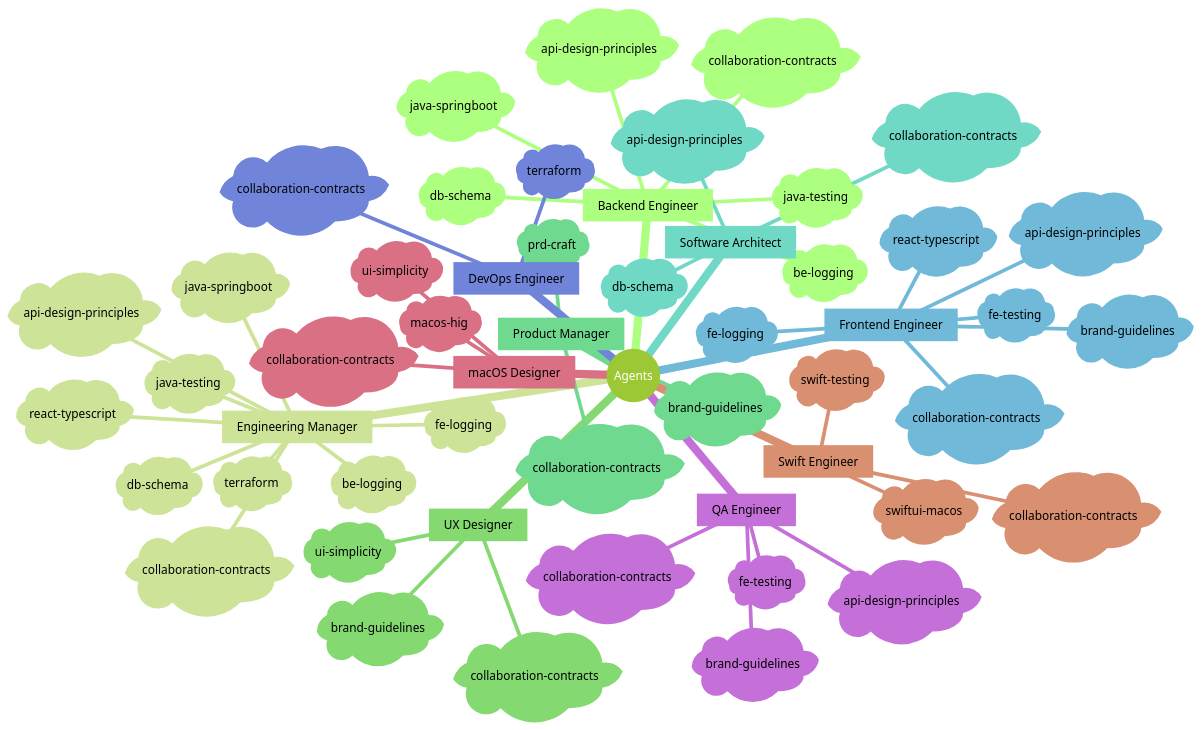
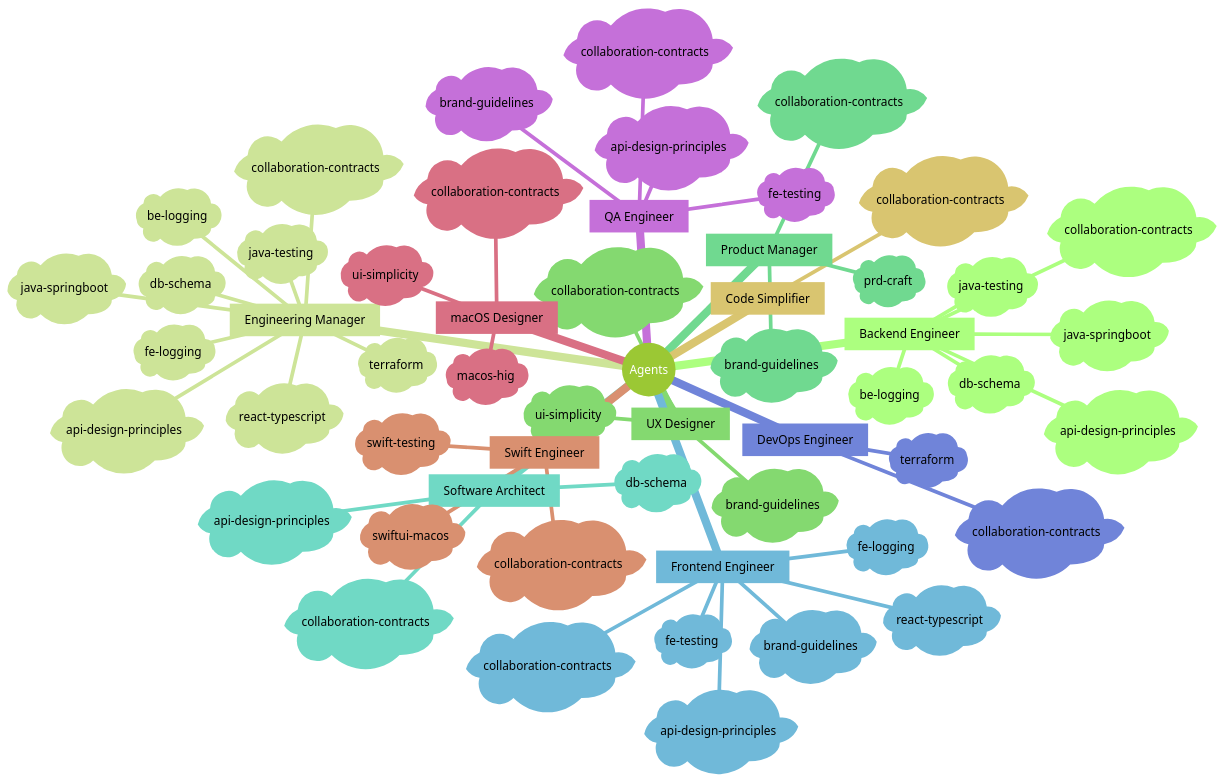
Before and after one commit to sans-github/agentic-delivery-framework: the third of 3 diagrams in docs/how-it-works.md, drawn with Mermaid (forest theme). The commit also changed other lines of this file, not shown here.

Commit message:
register code-simplifier in how-it-works mindmap and workflow narrative

````diff
--- a/docs/how-it-works.md
+++ b/docs/how-it-works.md
@@ -312,56 +312,58 @@
 ```mermaid
 mindmap
   root((Agents))
     [Backend Engineer]
       )db-schema(
       )java-springboot(
       )api-design-principles(
       )java-testing(
       )be-logging(
       )collaboration-contracts(
     [Engineering Manager]
       )db-schema(
       )java-springboot(
       )api-design-principles(
       )react-typescript(
       )terraform(
       )java-testing(
       )be-logging(
       )fe-logging(
       )collaboration-contracts(
     [UX Designer]
       )brand-guidelines(
       )ui-simplicity(
       )collaboration-contracts(
     [Product Manager]
       )prd-craft(
       )brand-guidelines(
       )collaboration-contracts(
     [Software Architect]
       )api-design-principles(
       )db-schema(
       )collaboration-contracts(
     [Frontend Engineer]
       )api-design-principles(
       )react-typescript(
       )fe-testing(
       )brand-guidelines(
       )fe-logging(
       )collaboration-contracts(
     [DevOps Engineer]
       )terraform(
       )collaboration-contracts(
     [QA Engineer]
       )api-design-principles(
       )fe-testing(
       )brand-guidelines(
       )collaboration-contracts(
     [macOS Designer]
       )macos-hig(
       )ui-simplicity(
       )collaboration-contracts(
     [Swift Engineer]
       )swiftui-macos(
       )swift-testing(
       )collaboration-contracts(
+    [Code Simplifier]
+      )collaboration-contracts(
 ```
````
